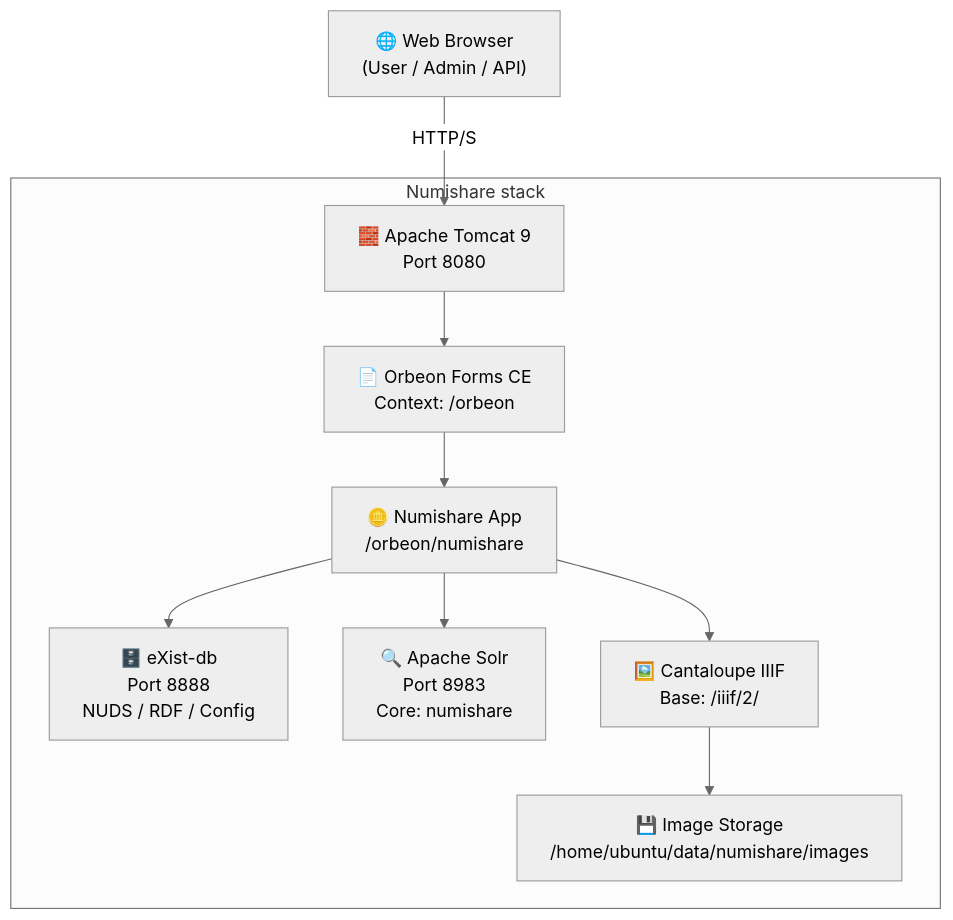
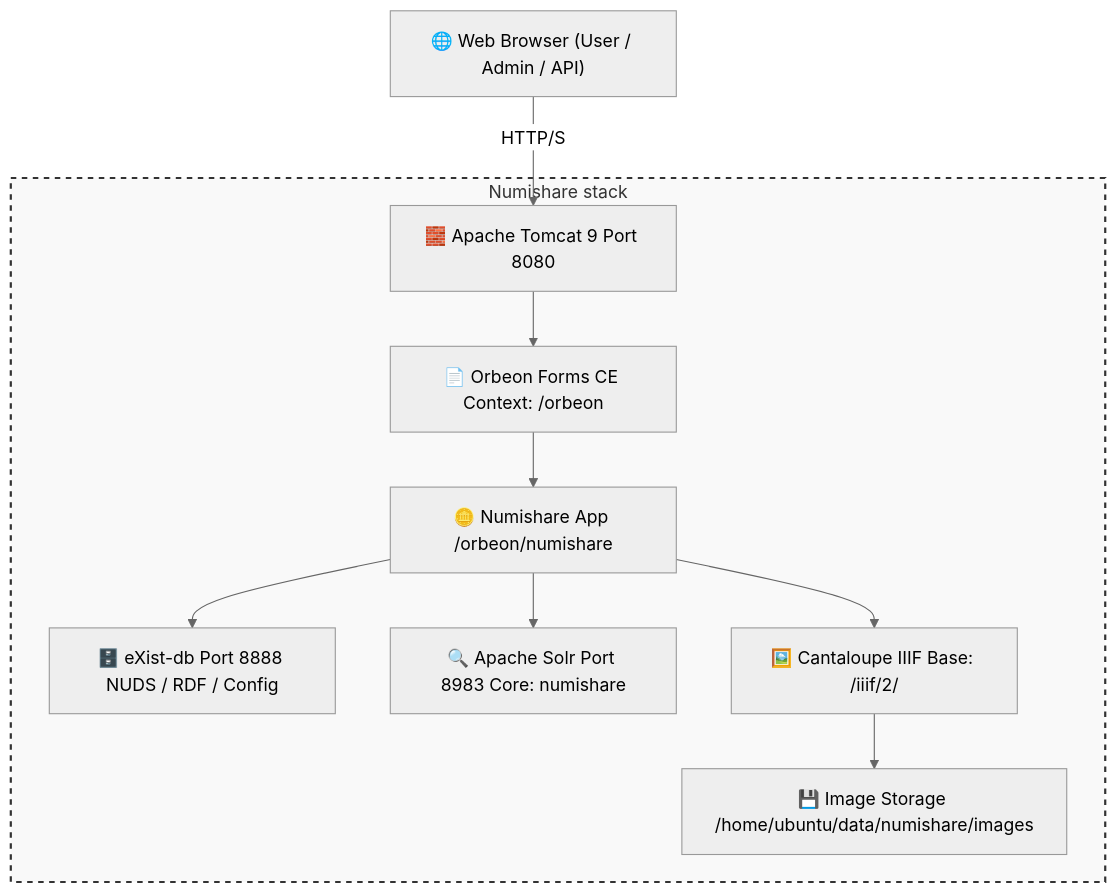
One commit to iramat/almacir changed the diagram in talks/index.qmd. Above: the diagram before and after it, drawn with Mermaid (neutral theme). The commit also changed other lines of this file and 2 other files, not shown here.

Commit message:
Quarto pres first draft again

````diff
--- a/talks/index.qmd
+++ b/talks/index.qmd
@@ -73,21 +82,24 @@
 ```{mermaid}
 flowchart TB
-    Browser["🌐 Web Browser<br/>(User / Admin / API)"]
-    subgraph Numishare stack
-        Tomcat["🧱 Apache Tomcat 9<br/>Port 8080"]
-        Orbeon["📄 Orbeon Forms CE<br/>Context: /orbeon"]
-        Numishare["🪙 Numishare App<br/>/orbeon/numishare"]
-        Exist["🗄️ eXist-db<br/>Port 8888<br/>NUDS / RDF / Config"]
-        Solr["🔍 Apache Solr<br/>Port 8983<br/>Core: numishare"]
-        Cantaloupe["🖼️ Cantaloupe IIIF<br/>Base: /iiif/2/"]
-        Images["💾 Image Storage<br/>/home/ubuntu/data/numishare/images"]
+    Browser["🌐 Web Browser (User / Admin / API)"]
+    
+    subgraph Numishare_stack ["Numishare stack"]
+        Tomcat["🧱 Apache Tomcat 9 Port 8080"]
+        Orbeon["📄 Orbeon Forms CE Context: /orbeon"]
+        Numishare["🪙 Numishare App /orbeon/numishare"]
+        Exist["🗄️ eXist-db Port 8888 NUDS / RDF / Config"]
+        Solr["🔍 Apache Solr Port 8983 Core: numishare"]
+        Cantaloupe["🖼️ Cantaloupe IIIF Base: /iiif/2/"]
+        Images["💾 Image Storage /home/ubuntu/data/numishare/images"]
     end
+    
+    style Numishare_stack fill:#f9f9f9,stroke:#333,stroke-width:2px,stroke-dasharray: 5 5
 
     Browser -->|HTTP/S| Tomcat
     Tomcat --> Orbeon
     Orbeon --> Numishare
     Numishare --> Exist
     Numishare --> Solr
     Numishare --> Cantaloupe
     Cantaloupe --> Images
 ```
````
